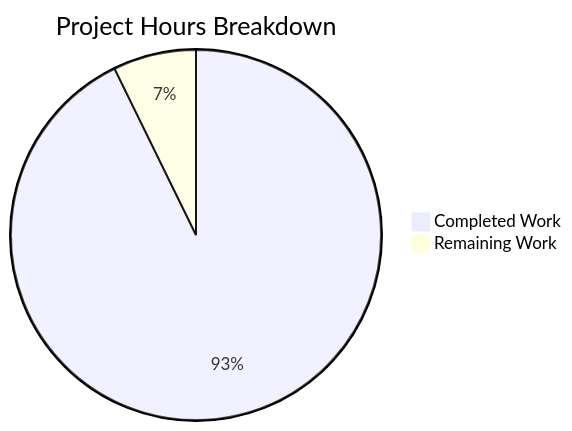
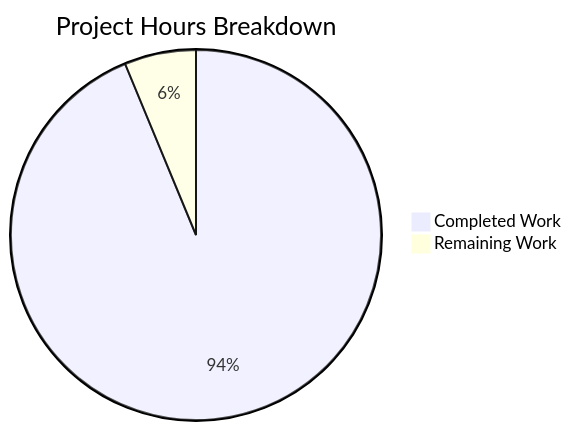
Before and after one commit to sudhanshu-spec/test-spec: the diagram in blitzy/documentation/Project Guide.md, drawn with Mermaid. The commit also changed other lines of this file, not shown here.

Commit message:
Adding Blitzy Project Guide: Project Status and Human Tasks Remaining

````diff
--- a/blitzy/documentation/Project Guide.md
+++ b/blitzy/documentation/Project Guide.md
@@ -21,5 +25,5 @@
 ```mermaid
 pie title Project Hours Breakdown
-    "Completed Work" : 32
-    "Remaining Work" : 2.5
+    "Completed Work" : 30
+    "Remaining Work" : 2
 ```
````
